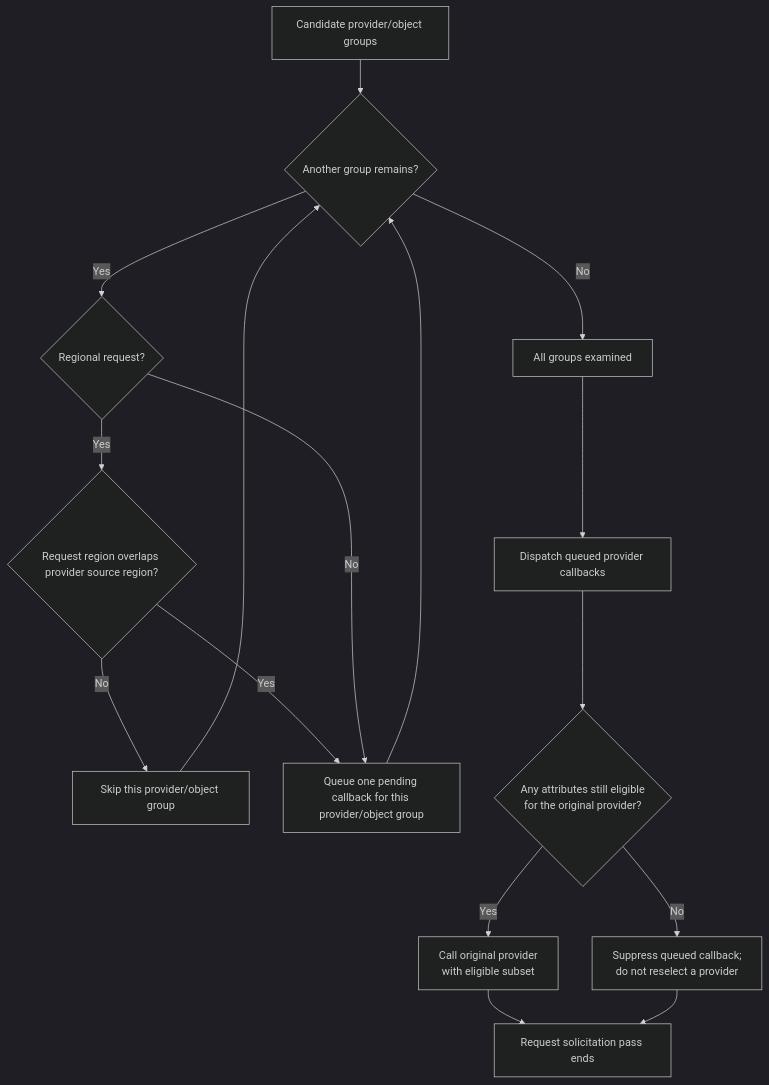
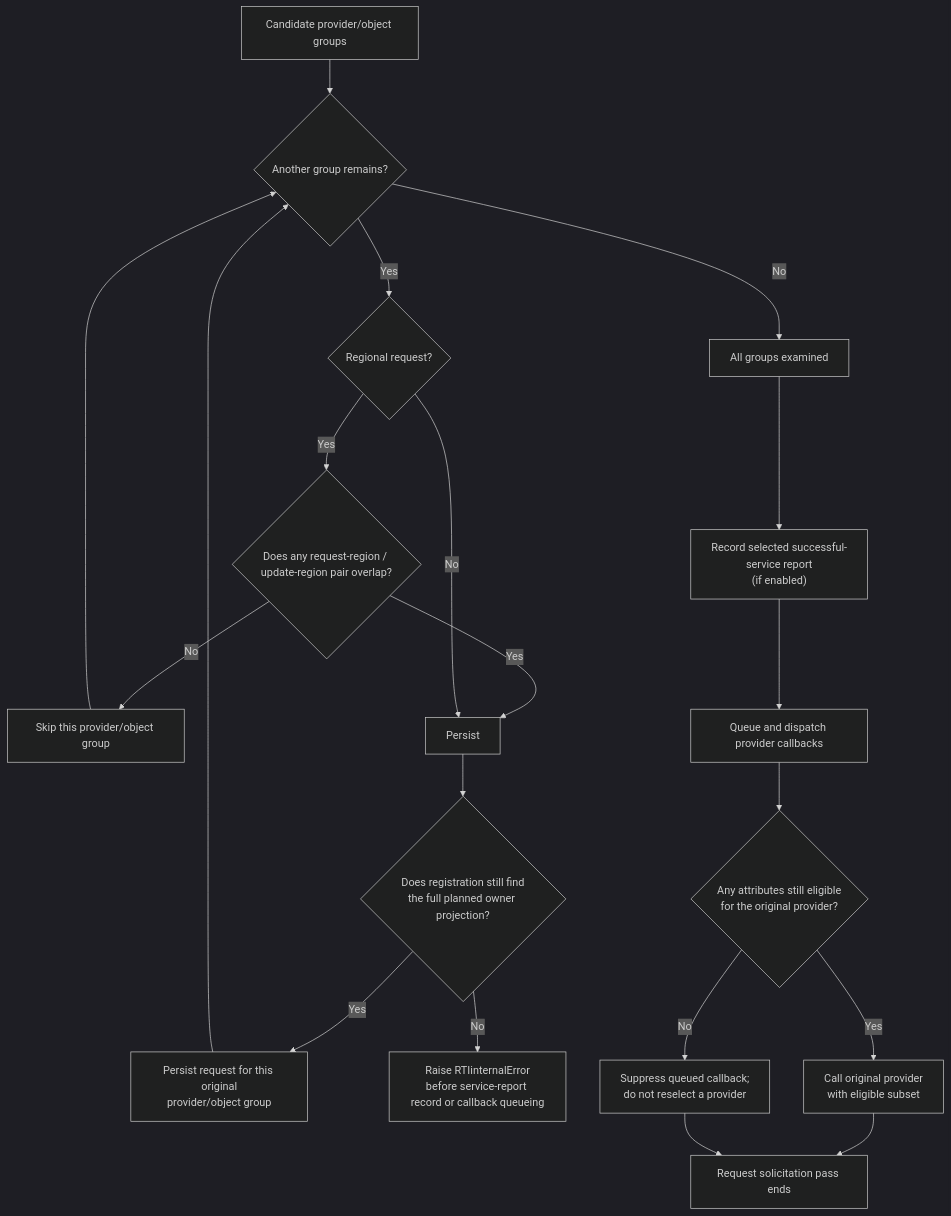
Before and after one commit to sheepfling/umbra: the fourth of 12 diagrams in docs/design/HLA-2025-ATTRIBUTE-VALUE-UPDATE-REQUEST-FLOW-GUIDE.md, drawn with Mermaid (dark theme). The commit also changed other lines of this file and 668 other files, not shown here.

````diff
--- a/docs/design/HLA-2025-ATTRIBUTE-VALUE-UPDATE-REQUEST-FLOW-GUIDE.md
+++ b/docs/design/HLA-2025-ATTRIBUTE-VALUE-UPDATE-REQUEST-FLOW-GUIDE.md
@@ -109,18 +159,22 @@
 ```mermaid
 flowchart TD
   Candidates["Candidate provider/object groups"] --> Next{"Another group remains?"}
   Next -->|Yes| Regional{"Regional request?"}
   Next -->|No| Done["All groups examined"]
-  Regional -->|Yes| Match{"Request region overlaps provider source region?"}
+  Regional -->|Yes| Match{"Does any request-region / update-region pair overlap?"}
   Match -->|No| Skip["Skip this provider/object group"]
-  Match -->|Yes| Queue["Queue one pending callback for this provider/object group"]
-  Regional -->|No| Queue
+  Match -->|Yes| Persist
+  Regional -->|No| Persist
   Skip --> Next
-  Queue --> Next
-  Done --> Dispatch["Dispatch queued provider callbacks"]
+  Persist --> Projection{"Does registration still find<br/>the full planned owner projection?"}
+  Projection -->|Yes| Stored["Persist request for this original<br/>provider/object group"]
+  Projection -->|No| RegistrationFailure["Raise RTIinternalError<br/>before service-report record or callback queueing"]
+  Stored --> Next
+  Done --> Report["Record selected successful-service report<br/>(if enabled)"]
+  Report --> Dispatch["Queue and dispatch provider callbacks"]
   Dispatch --> Recheck{"Any attributes still eligible<br/>for the original provider?"}
   Recheck -->|No| Suppress["Suppress queued callback;<br/>do not reselect a provider"]
   Recheck -->|Yes| Callback["Call original provider<br/>with eligible subset"]
   Callback --> Finished["Request solicitation pass ends"]
   Suppress --> Finished
 ```
````
